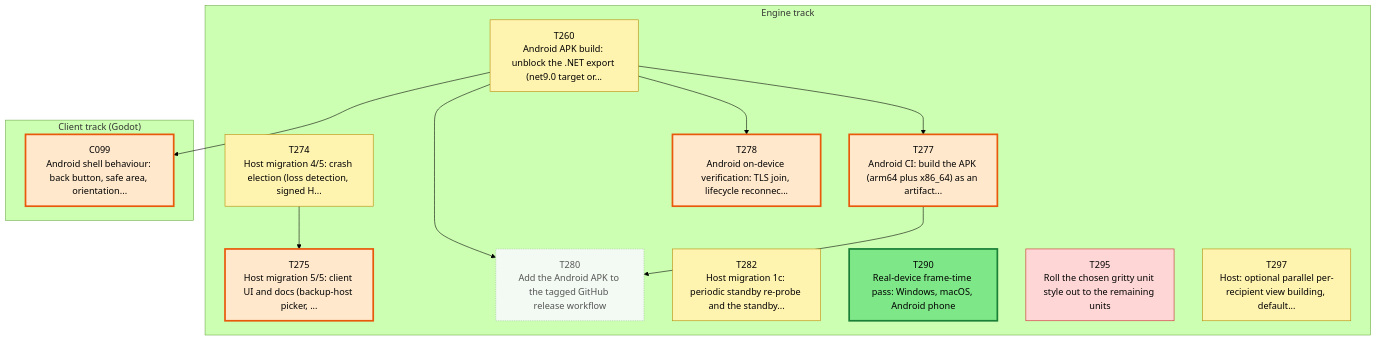
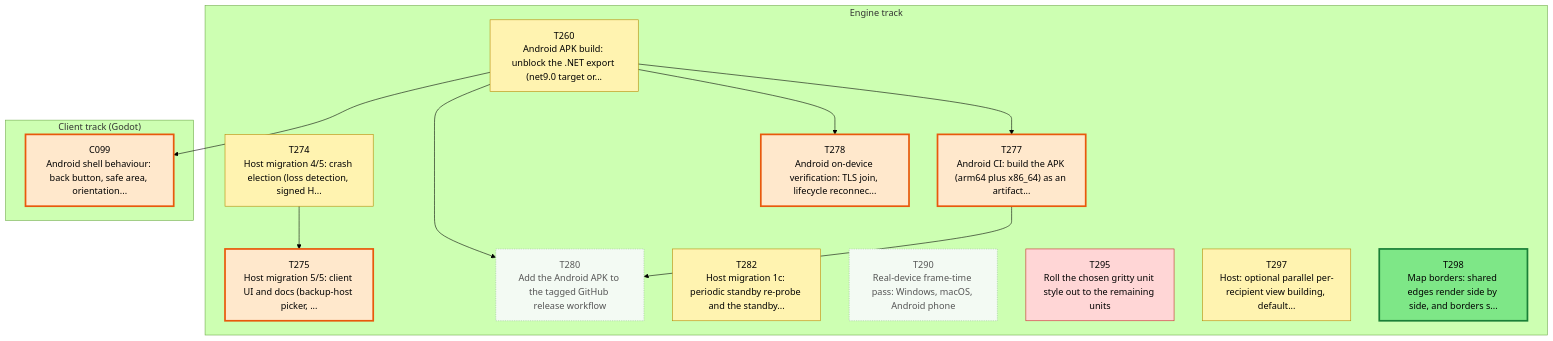
One commit to Kenmura/Unciv changed the first of 3 diagrams in csharp/migration/DEPENDENCY_MAP.md. Above: the diagram before and after it, drawn with Mermaid (forest theme). The commit also changed other lines of this file and 2 other files, not shown here.

````diff
--- a/csharp/migration/DEPENDENCY_MAP.md
+++ b/csharp/migration/DEPENDENCY_MAP.md
@@ -35,42 +35,44 @@
 ```mermaid
 flowchart TD
   subgraph TTRACK["Engine track"]
     T260["T260<br/>Android APK build: unblock the .NET export (net9.0 target or..."]
     T274["T274<br/>Host migration 4/5: crash election (loss detection, signed H..."]
     T275["T275<br/>Host migration 5/5: client UI and docs (backup-host picker, ..."]
     T277["T277<br/>Android CI: build the APK (arm64 plus x86_64) as an artifact..."]
     T278["T278<br/>Android on-device verification: TLS join, lifecycle reconnec..."]
     T280["T280<br/>Add the Android APK to the tagged GitHub release workflow"]
     T282["T282<br/>Host migration 1c: periodic standby re-probe and the standby..."]
     T290["T290<br/>Real-device frame-time pass: Windows, macOS, Android phone"]
     T295["T295<br/>Roll the chosen gritty unit style out to the remaining units"]
     T297["T297<br/>Host: optional parallel per-recipient view building, default..."]
+    T298["T298<br/>Map borders: shared edges render side by side, and borders s..."]
   end
   subgraph CTRACK["Client track (Godot)"]
     C099["C099<br/>Android shell behaviour: back button, safe area, orientation..."]
   end
   T274 --> T275
   T260 --> T277
   T260 --> T278
   T260 --> T280
   T277 --> T280
   T260 --> C099
   classDef waiting fill:#f3faf3,stroke:#9bc49b,color:#555,stroke-dasharray:2 2
   classDef ondeck fill:#ffe8cc,stroke:#e8590c,stroke-width:3px,color:#000
   classDef ready fill:#7ee787,stroke:#1a7f37,stroke-width:3px,color:#000
   classDef prog fill:#fff3b0,stroke:#b58900,color:#000
   classDef review fill:#cfe4ff,stroke:#1f6feb,color:#000
   classDef blocked fill:#ffd6d6,stroke:#c62828,color:#000
   classDef done fill:#eeeeee,stroke:#999999,color:#666,stroke-dasharray:4 3
   class C099 ondeck
   class T260 prog
   class T274 prog
   class T275 ondeck
   class T277 ondeck
   class T278 ondeck
   class T280 waiting
   class T282 prog
-  class T290 ready
+  class T290 waiting
   class T295 blocked
   class T297 prog
+  class T298 ready
 ```
````
